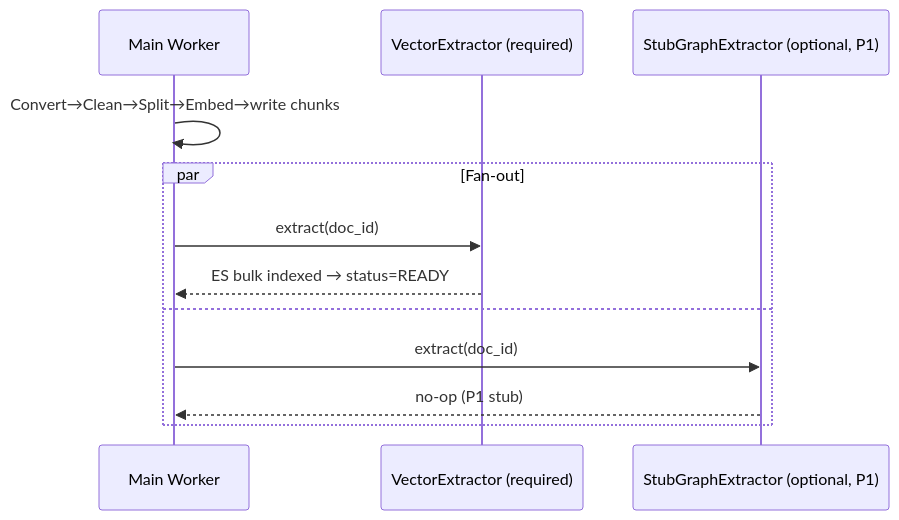
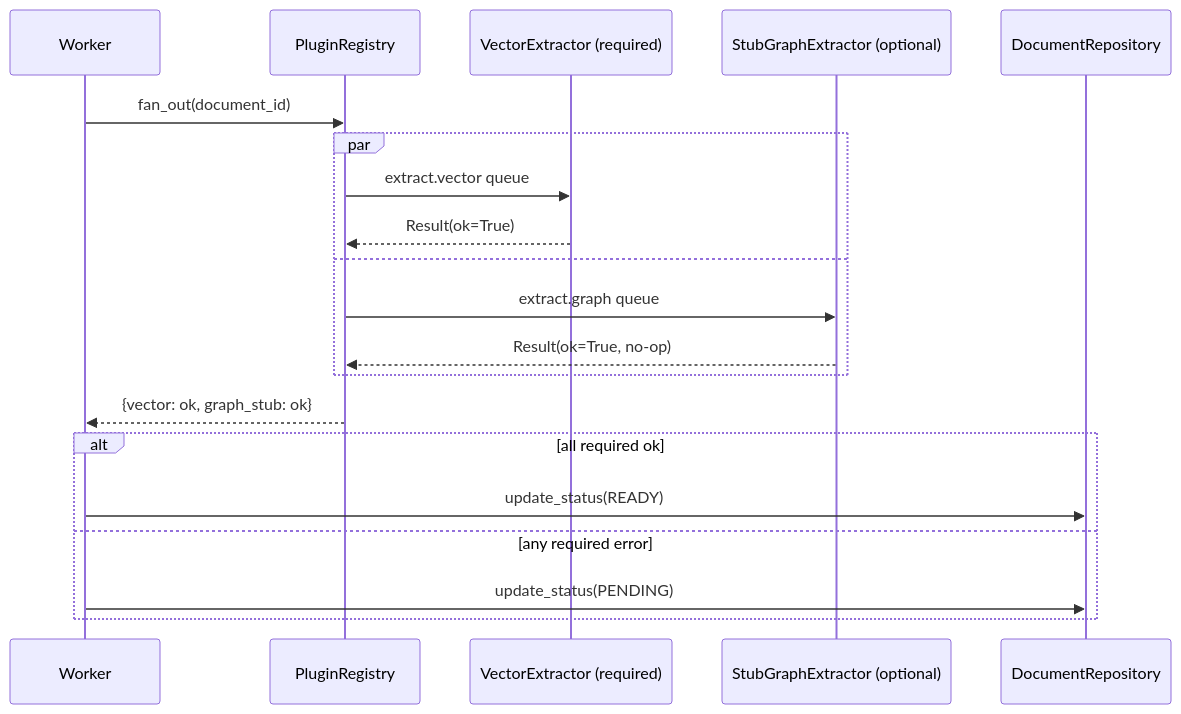
One commit to jeffweilee/ragent changed the first of 4 diagrams in docs/00_spec.md. Above: the diagram before and after it, drawn with Mermaid. The commit also changed other lines of this file and 3 other files, not shown here.

````diff
--- a/docs/00_spec.md
+++ b/docs/00_spec.md
@@ -64,14 +88,22 @@
 ```mermaid
 sequenceDiagram
-  participant Main as Main Worker
+  participant W as Worker
+  participant R as PluginRegistry
   participant V as VectorExtractor (required)
-  participant G as StubGraphExtractor (optional, P1)
-  Main->>Main: Convert→Clean→Split→Embed→write chunks
-  par Fan-out
-    Main->>V: extract(doc_id)
-    V-->>Main: ES bulk indexed → status=READY
+  participant G as StubGraphExtractor (optional)
+  participant DR as DocumentRepository
+  W->>R: fan_out(document_id)
+  par
+    R->>V: extract.vector queue
+    V-->>R: Result(ok=True)
   and
-    Main->>G: extract(doc_id)
-    G-->>Main: no-op (P1 stub)
+    R->>G: extract.graph queue
+    G-->>R: Result(ok=True, no-op)
+  end
+  R-->>W: {vector: ok, graph_stub: ok}
+  alt all required ok
+    W->>DR: update_status(READY)
+  else any required error
+    W->>DR: update_status(PENDING)
   end
 ```
````
